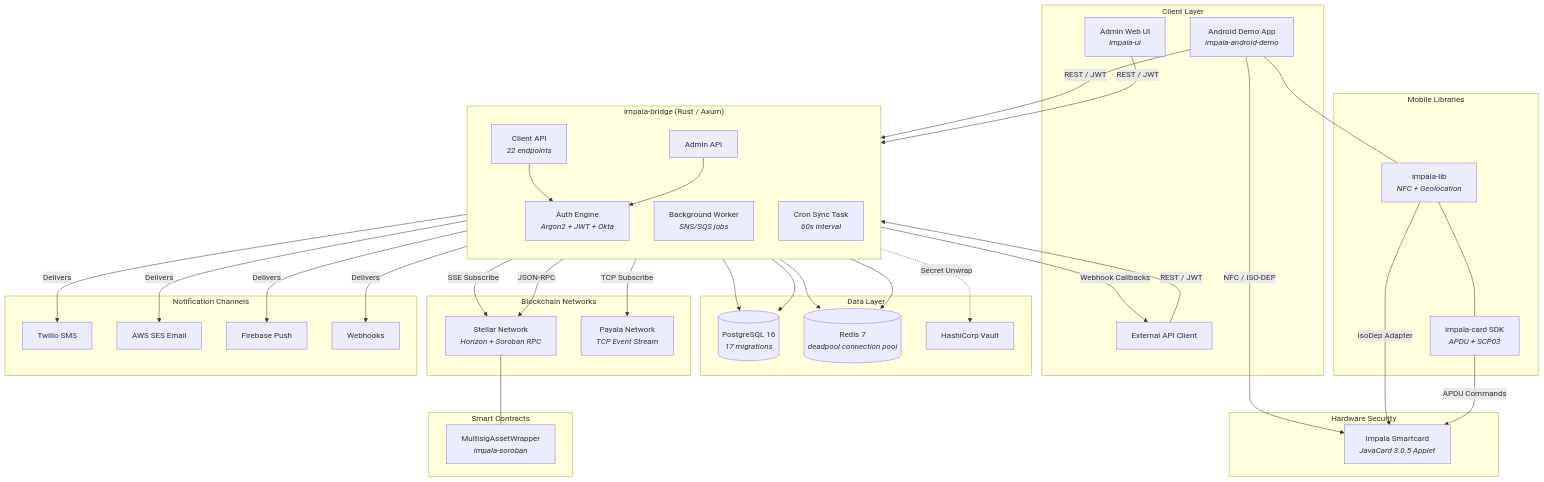
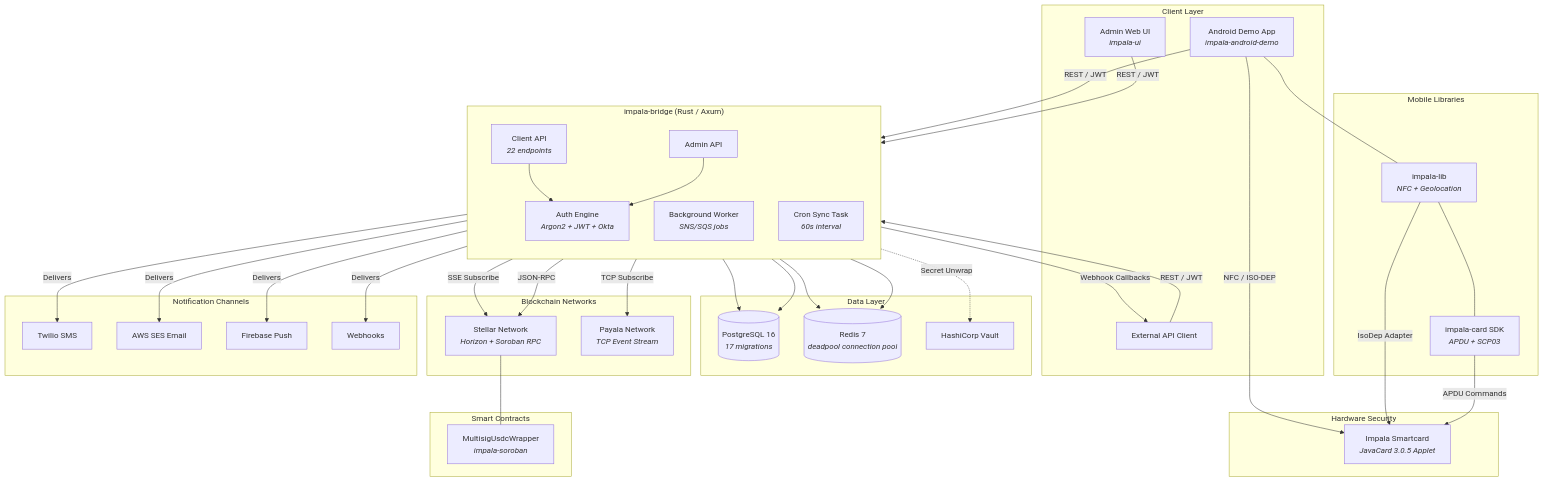
The first of 11 diagrams in ARCHITECTURE.md (Financial-Empowerment-Partners/impala), drawn with Mermaid before and after one commit. The commit also changed other lines of this file and 235 other files, not shown here.

````diff
--- a/ARCHITECTURE.md
+++ b/ARCHITECTURE.md
@@ -17,79 +17,79 @@
 ```mermaid
 graph TB
     subgraph Clients["Client Layer"]
         AndroidApp["Android Demo App<br/><i>impala-android-demo</i>"]
         AdminUI["Admin Web UI<br/><i>impala-ui</i>"]
         ExtClient["External API Client"]
     end
 
     subgraph Bridge["impala-bridge &lpar;Rust / Axum&rpar;"]
         direction TB
         ClientAPI["Client API<br/><i>22 endpoints</i>"]
         AdminAPI["Admin API"]
         AuthEngine["Auth Engine<br/><i>Argon2 + JWT + Okta</i>"]
         Worker["Background Worker<br/><i>SNS/SQS jobs</i>"]
         CronSync["Cron Sync Task<br/><i>60s interval</i>"]
     end
 
     subgraph Storage["Data Layer"]
         Postgres[("PostgreSQL 16<br/><i>17 migrations</i>")]
         Redis[("Redis 7<br/><i>deadpool connection pool</i>")]
         Vault["HashiCorp Vault"]
     end
 
     subgraph Networks["Blockchain Networks"]
         Stellar["Stellar Network<br/><i>Horizon + Soroban RPC</i>"]
         Payala["Payala Network<br/><i>TCP Event Stream</i>"]
     end
 
     subgraph Hardware["Hardware Security"]
         Card["Impala Smartcard<br/><i>JavaCard 3.0.5 Applet</i>"]
     end
 
     subgraph MobileLibs["Mobile Libraries"]
         ImpalaLib["impala-lib<br/><i>NFC + Geolocation</i>"]
         ImpalaSDK["impala-card SDK<br/><i>APDU + SCP03</i>"]
     end
 
     subgraph Contracts["Smart Contracts"]
-        Soroban["MultisigAssetWrapper<br/><i>impala-soroban</i>"]
+        Soroban["MultisigUsdcWrapper<br/><i>impala-soroban</i>"]
     end
 
     subgraph Notifications["Notification Channels"]
         Twilio["Twilio SMS"]
         SES["AWS SES Email"]
         FCM["Firebase Push"]
         Webhooks["Webhooks"]
     end
 
     AndroidApp -->|"REST / JWT"| ClientAPI
     AdminUI -->|"REST / JWT"| AdminAPI
     ExtClient -->|"REST / JWT"| ClientAPI
 
     ClientAPI --> AuthEngine
     AdminAPI --> AuthEngine
     AuthEngine --> Postgres
     AuthEngine --> Redis
 
     Bridge --> Postgres
     Bridge --> Redis
     Bridge -.->|"Secret Unwrap"| Vault
 
     ClientAPI -->|"SSE Subscribe"| Stellar
     ClientAPI -->|"JSON-RPC"| Stellar
     ClientAPI -->|"TCP Subscribe"| Payala
     CronSync -->|"Webhook Callbacks"| ExtClient
 
     Worker -->|"Delivers"| Twilio
     Worker -->|"Delivers"| SES
     Worker -->|"Delivers"| FCM
     Worker -->|"Delivers"| Webhooks
 
     Stellar --- Soroban
 
     AndroidApp -->|"NFC / ISO-DEP"| Card
     ImpalaLib -->|"IsoDep Adapter"| Card
     ImpalaSDK -->|"APDU Commands"| Card
     AndroidApp --- ImpalaLib
     ImpalaLib --- ImpalaSDK
 ```
````
